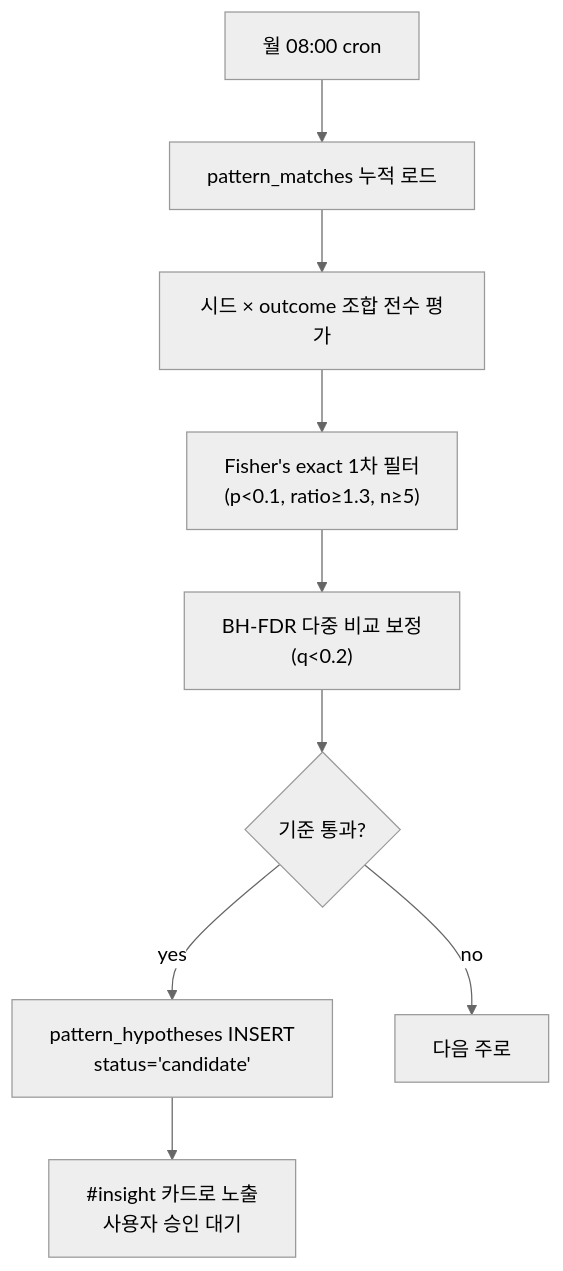
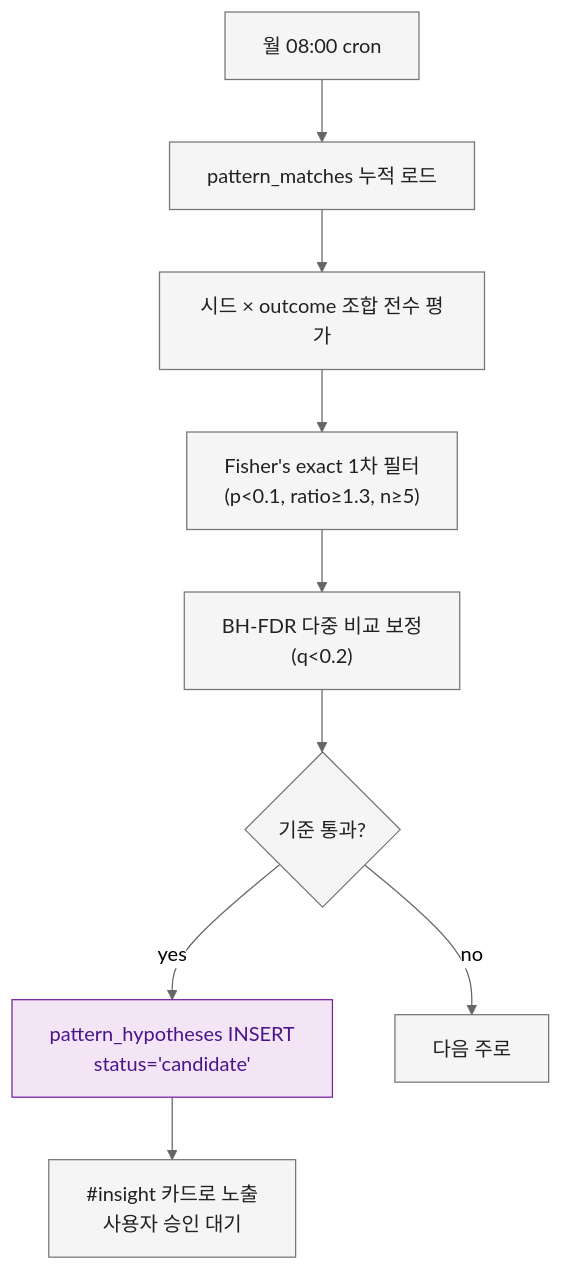
Before and after one commit to hyewon3938/slack-ai-agents: the sixth of 9 diagrams in docs/explainers/insight-v2.md, drawn with Mermaid (neutral theme). The commit also changed other lines of this file, not shown here.

````diff
--- a/docs/explainers/insight-v2.md
+++ b/docs/explainers/insight-v2.md
@@ -271,11 +295,16 @@
 ```mermaid
 flowchart TD
   A["월 08:00 cron"] --> B["pattern_matches 누적 로드"]
   B --> C["시드 × outcome 조합 전수 평가"]
   C --> D["Fisher's exact 1차 필터<br/>(p<0.1, ratio≥1.3, n≥5)"]
   D --> E["BH-FDR 다중 비교 보정<br/>(q<0.2)"]
   E --> F{"기준 통과?"}
   F -->|yes| G["pattern_hypotheses INSERT<br/>status='candidate'"]
   F -->|no| H["다음 주로"]
   G --> I["#insight 카드로 노출<br/>사용자 승인 대기"]
+
+  classDef flowNode fill:#f5f5f5,stroke:#757575,color:#212121
+  classDef hypothesisNode fill:#f3e5f5,stroke:#7b1fa2,color:#4a148c
+  class A,B,C,D,E,F,H,I flowNode
+  class G hypothesisNode
 ```
````
